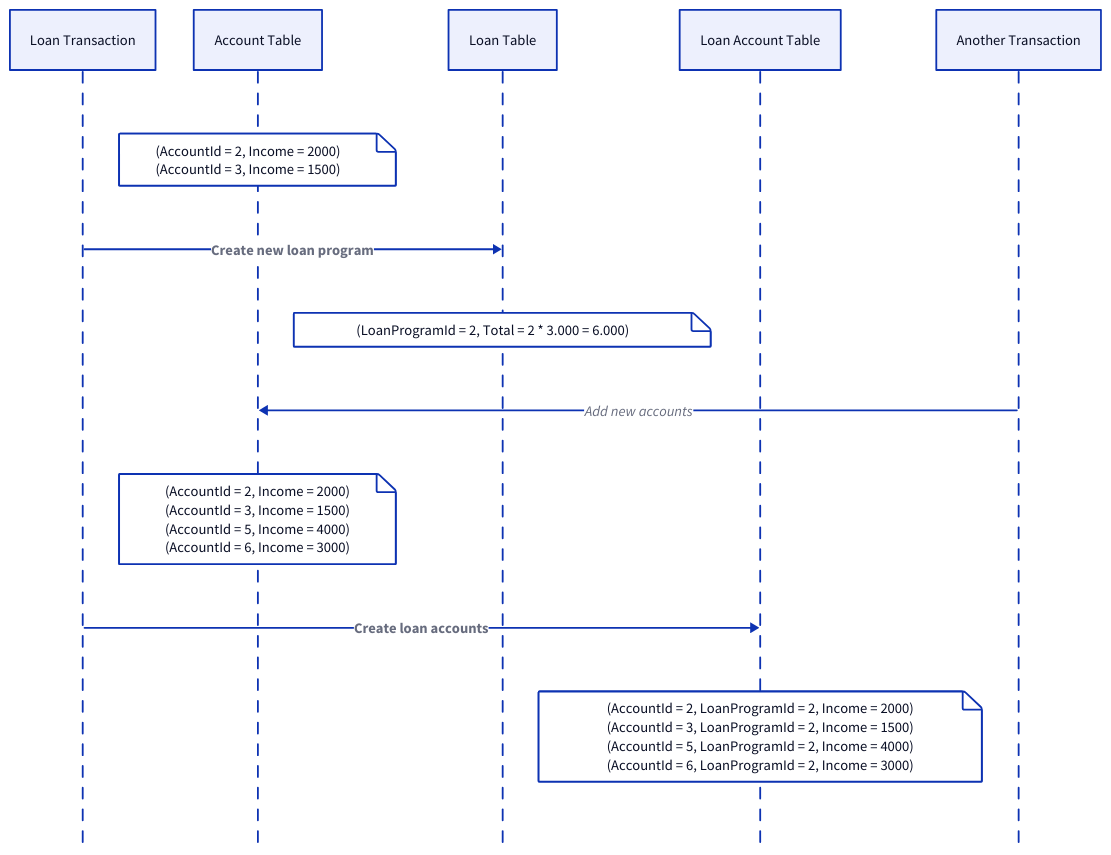
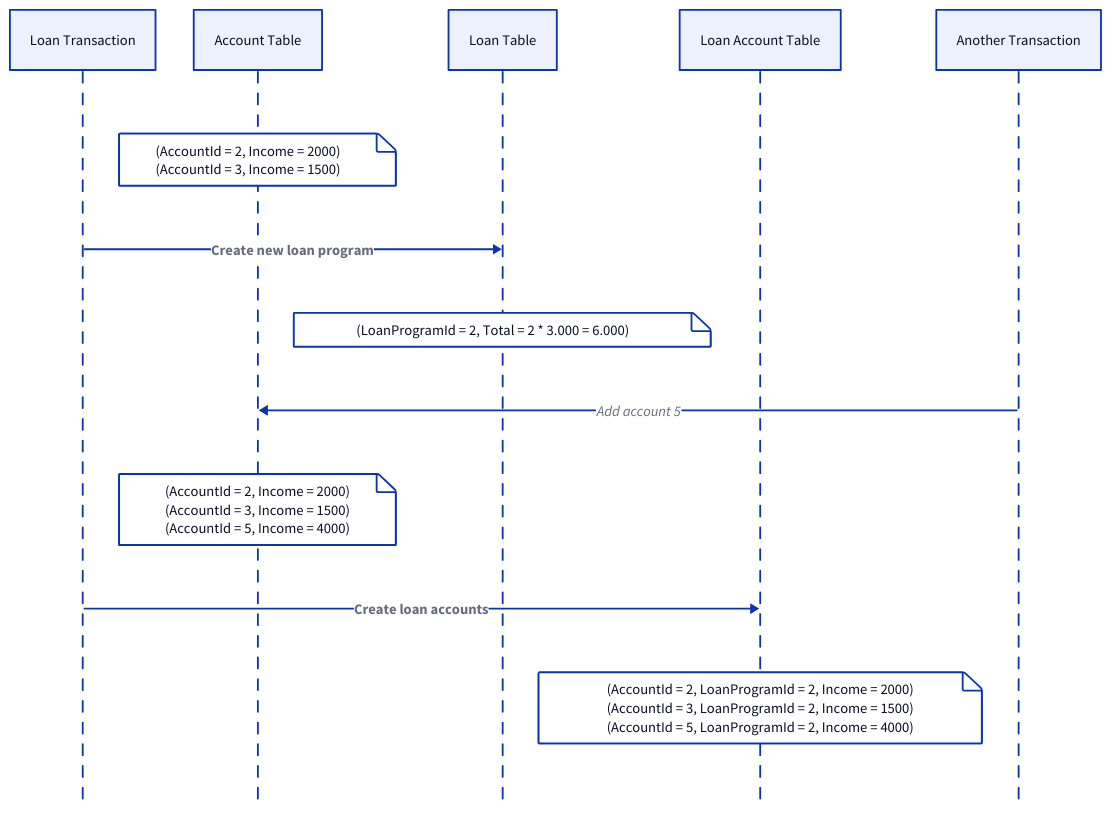
Before and after one commit to link1905/system-design-101: diagram 22 of 29 in content/docs/data-persistence/sql-database/concurrency-control.md, drawn with D2. The commit also changed other lines of this file and 49 other files, not shown here.

````diff
--- a/content/docs/data-persistence/sql-database/concurrency-control.md
+++ b/content/docs/data-persistence/sql-database/concurrency-control.md
@@ -690,45 +713,43 @@
 ```d2
 shape: sequence_diagram
 t: Loan Transaction
 a: Account Table
 l: Loan Table
 la: Loan Account Table
 t1: Another Transaction
 a {
     old: |||yaml
     (AccountId = 2, Income = 2000)
     (AccountId = 3, Income = 1500)
     |||
 }
 t -> l: 'Create new loan program' {
   style.bold: true
 }
 l {
     old: |||yaml
     (LoanProgramId = 2, Total = 2 * 3.000 = 6.000)
     |||
 }
 
-t1 -> a: Add new accounts {
+t1 -> a: Add account 5 {
     class: error-conn
 }
 a {
     new: |||yaml
     (AccountId = 2, Income = 2000)
     (AccountId = 3, Income = 1500)
     (AccountId = 5, Income = 4000)
-    (AccountId = 6, Income = 3000)
     |||
 }
 t -> la: Create loan accounts {
   style.bold: true
 }
 la {
     new: |||yaml
     (AccountId = 2, LoanProgramId = 2, Income = 2000)
     (AccountId = 3, LoanProgramId = 2, Income = 1500)
     (AccountId = 5, LoanProgramId = 2, Income = 4000)
-    (AccountId = 6, LoanProgramId = 2, Income = 3000)
     |||
 }
 ```
````
